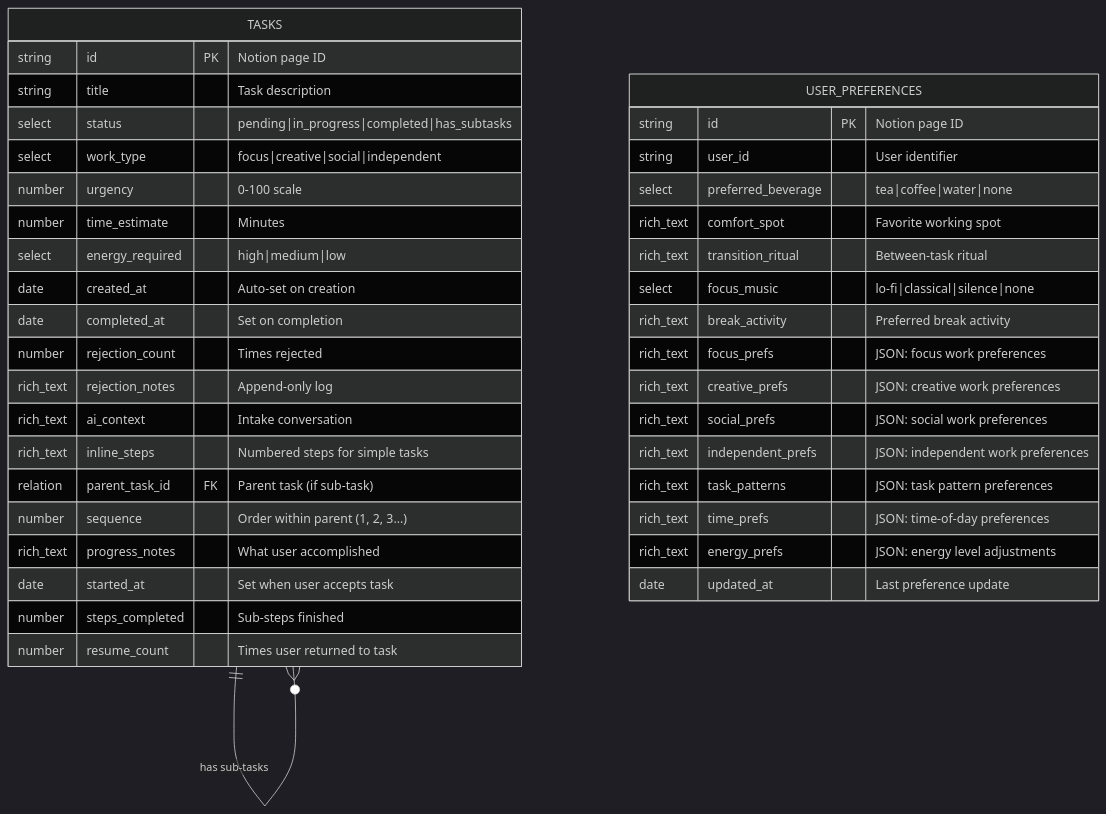
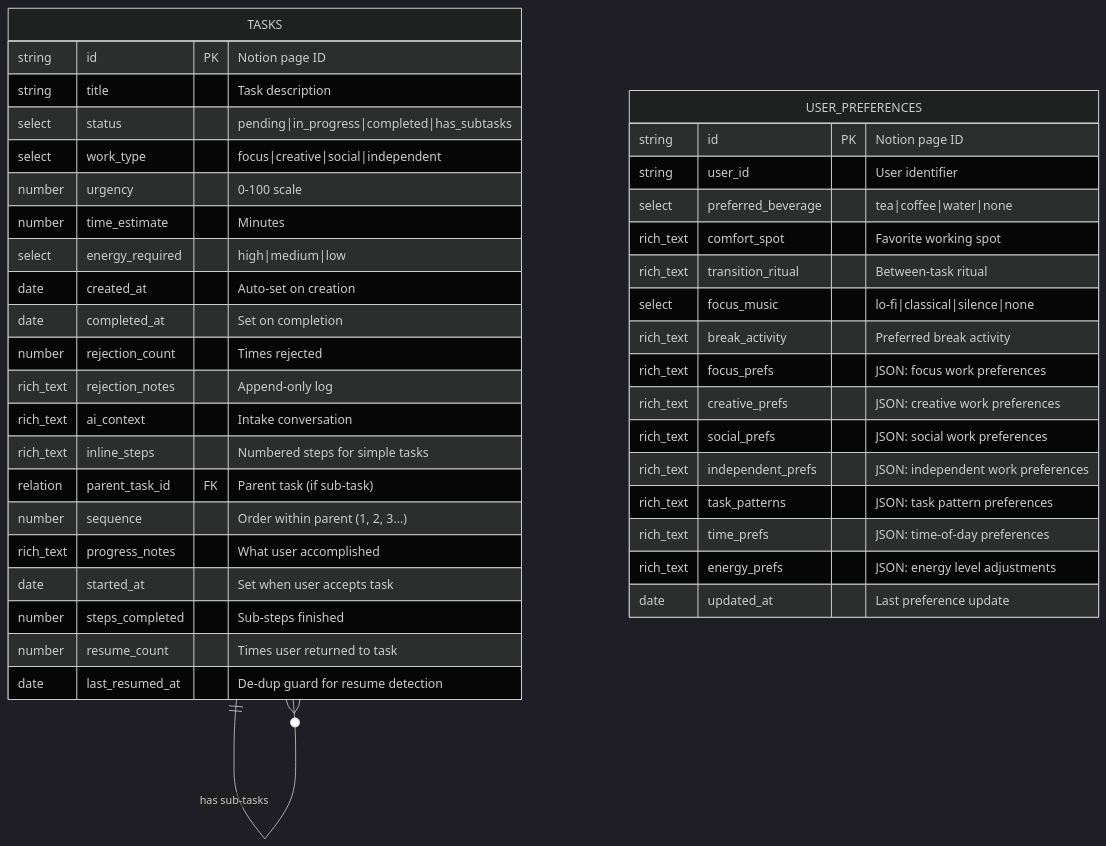
One commit to NickBorgersProbably/hide-my-list changed the first of 18 diagrams in docs/notion-schema.md. Above: the diagram before and after it, drawn with Mermaid (dark theme). The commit also changed other lines of this file and 1 other file, not shown here.

First line of the commit message:
Add resume detection mechanism with single-gate trigger model

````diff
--- a/docs/notion-schema.md
+++ b/docs/notion-schema.md
@@ -14,44 +14,45 @@
 ```mermaid
 erDiagram
     TASKS {
         string id PK "Notion page ID"
         string title "Task description"
         select status "pending|in_progress|completed|has_subtasks"
         select work_type "focus|creative|social|independent"
         number urgency "0-100 scale"
         number time_estimate "Minutes"
         select energy_required "high|medium|low"
         date created_at "Auto-set on creation"
         date completed_at "Set on completion"
         number rejection_count "Times rejected"
         rich_text rejection_notes "Append-only log"
         rich_text ai_context "Intake conversation"
         rich_text inline_steps "Numbered steps for simple tasks"
         relation parent_task_id FK "Parent task (if sub-task)"
         number sequence "Order within parent (1, 2, 3...)"
         rich_text progress_notes "What user accomplished"
         date started_at "Set when user accepts task"
         number steps_completed "Sub-steps finished"
         number resume_count "Times user returned to task"
+        date last_resumed_at "De-dup guard for resume detection"
     }
 
     USER_PREFERENCES {
         string id PK "Notion page ID"
         string user_id "User identifier"
         select preferred_beverage "tea|coffee|water|none"
         rich_text comfort_spot "Favorite working spot"
         rich_text transition_ritual "Between-task ritual"
         select focus_music "lo-fi|classical|silence|none"
         rich_text break_activity "Preferred break activity"
         rich_text focus_prefs "JSON: focus work preferences"
         rich_text creative_prefs "JSON: creative work preferences"
         rich_text social_prefs "JSON: social work preferences"
         rich_text independent_prefs "JSON: independent work preferences"
         rich_text task_patterns "JSON: task pattern preferences"
         rich_text time_prefs "JSON: time-of-day preferences"
         rich_text energy_prefs "JSON: energy level adjustments"
         date updated_at "Last preference update"
     }
 
     TASKS ||--o{ TASKS : "has sub-tasks"
 ```
````
